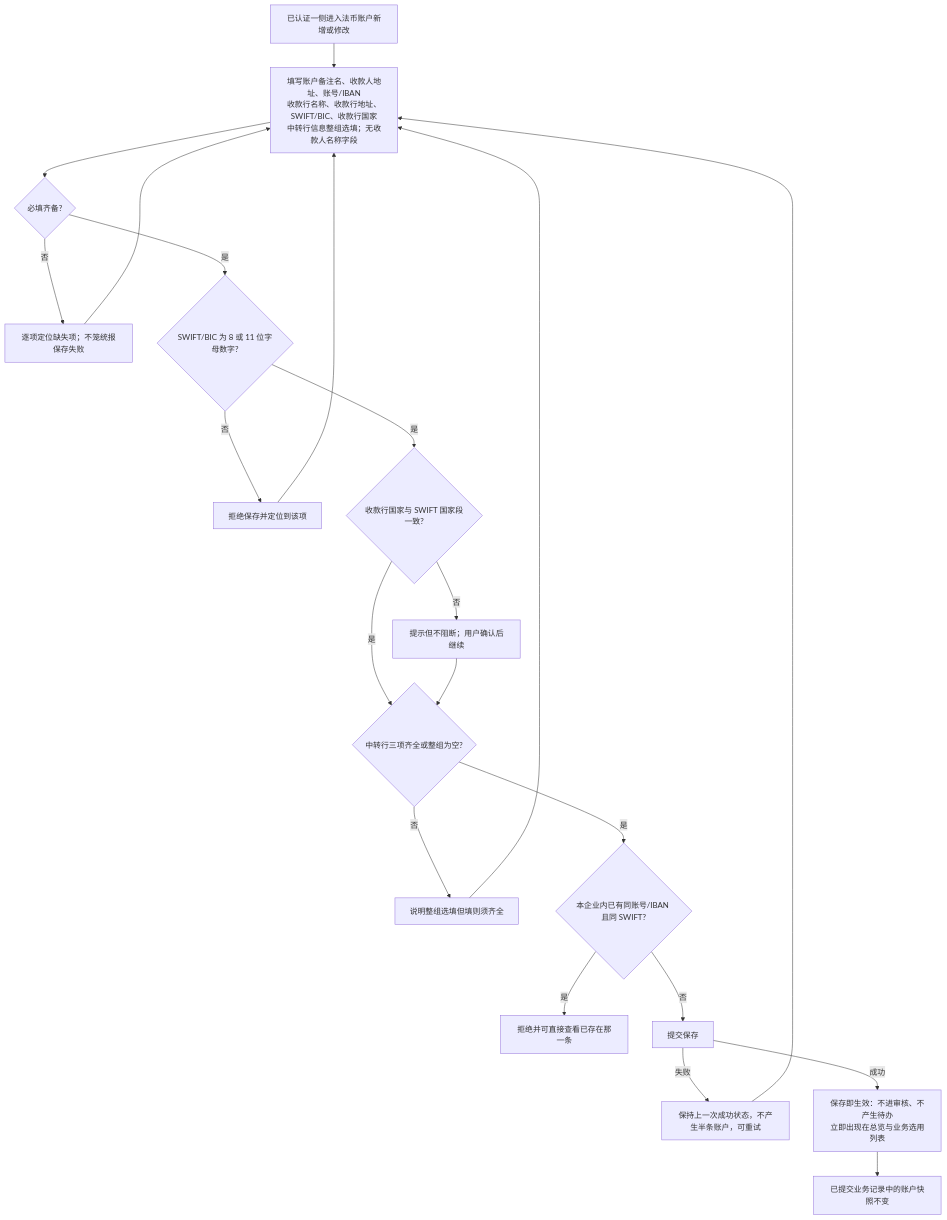
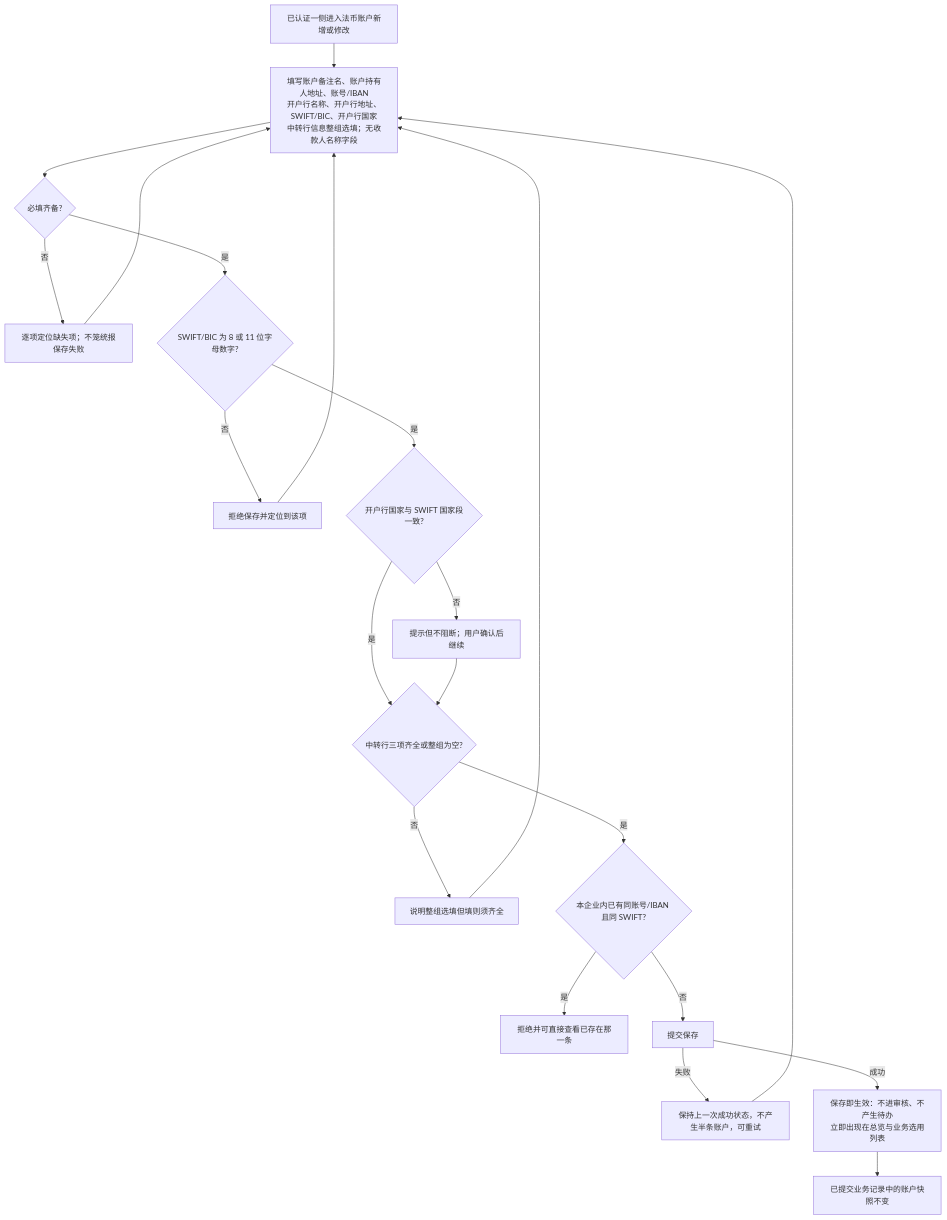
Before and after one commit to wxblockchain/Chain-Financing: the second of 7 diagrams in lending-platform/PRD/面客端/03-企业账户/02-企业账户-流程图与状态机.md, drawn with Mermaid. The commit also changed other lines of this file and 15 other files, not shown here.

````diff
--- a/lending-platform/PRD/面客端/03-企业账户/02-企业账户-流程图与状态机.md
+++ b/lending-platform/PRD/面客端/03-企业账户/02-企业账户-流程图与状态机.md
@@ -39,23 +39,23 @@
 ```mermaid
 flowchart TD
-    A[已认证一侧进入法币账户新增或修改] --> B[填写账户备注名、收款人地址、账号/IBAN<br/>收款行名称、收款行地址、SWIFT/BIC、收款行国家<br/>中转行信息整组选填；无收款人名称字段]
+    A[已认证一侧进入法币账户新增或修改] --> B[填写账户备注名、账户持有人地址、账号/IBAN<br/>开户行名称、开户行地址、SWIFT/BIC、开户行国家<br/>中转行信息整组选填；无收款人名称字段]
     B --> C{必填齐备?}
     C -->|否| D[逐项定位缺失项；不笼统报保存失败]
     D --> B
     C -->|是| E{SWIFT/BIC 为 8 或 11 位字母数字?}
     E -->|否| F[拒绝保存并定位到该项]
     F --> B
-    E -->|是| G{收款行国家与 SWIFT 国家段一致?}
+    E -->|是| G{开户行国家与 SWIFT 国家段一致?}
     G -->|否| H[提示但不阻断；用户确认后继续]
     G -->|是| I{中转行三项齐全或整组为空?}
     H --> I
     I -->|否| J[说明整组选填但填则须齐全]
     J --> B
     I -->|是| K{本企业内已有同账号/IBAN 且同 SWIFT?}
     K -->|是| L[拒绝并可直接查看已存在那一条]
     K -->|否| M[提交保存]
     M -->|失败| N[保持上一次成功状态，不产生半条账户，可重试]
     N --> B
     M -->|成功| O[保存即生效：不进审核、不产生待办<br/>立即出现在总览与业务选用列表]
     O --> P[已提交业务记录中的账户快照不变]
 ```
````
